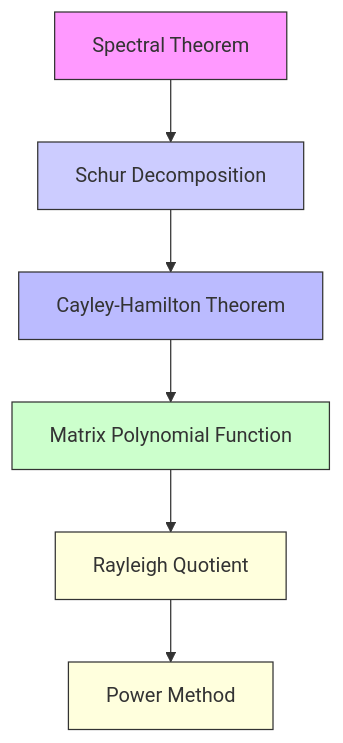
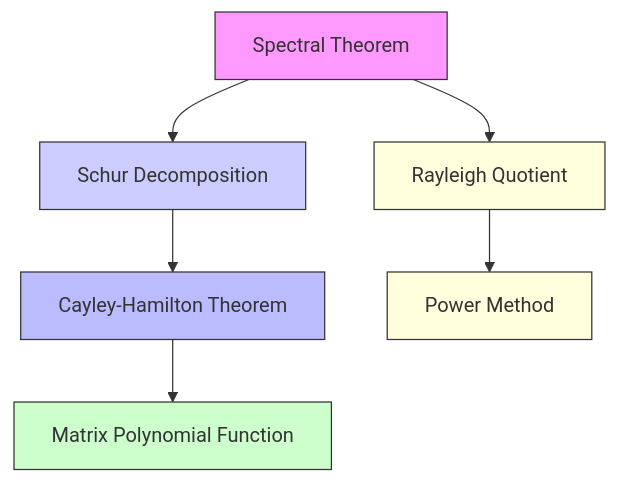
Before and after one commit to ltskinner/machine-learning: the third of 3 diagrams in books/linear_algebra_optimization_for_ml/FLASHCARD_CHECKLIST.md, drawn with Mermaid.

Commit message:
splitting into two distinct pipelines

````diff
--- a/books/linear_algebra_optimization_for_ml/FLASHCARD_CHECKLIST.md
+++ b/books/linear_algebra_optimization_for_ml/FLASHCARD_CHECKLIST.md
@@ -205,22 +205,18 @@
 ```mermaid
 flowchart TD
     A[Spectral Theorem]
-    B[Schur Decomposition]
-    C[Cayley-Hamilton Theorem]
-    D[Matrix Polynomial Function]
-    E[Rayleigh Quotient]
-    F[Power Method]
+    A --> B[Schur Decomposition]
+    A --> E[Rayleigh Quotient]
 
-    A --> B
-    B --> C
-    C --> D
-    D --> E
-    E --> F
+    B --> C[Cayley-Hamilton Theorem]
+    C --> D[Matrix Polynomial Function]
+
+    E --> F[Power Method]
 
     style A fill:#f9f,stroke:#333,stroke-width:1px
     style B fill:#ccf,stroke:#333,stroke-width:1px
     style C fill:#bbf,stroke:#333,stroke-width:1px
     style D fill:#cfc,stroke:#333,stroke-width:1px
     style E fill:#ffd,stroke:#333,stroke-width:1px
     style F fill:#ffd,stroke:#333,stroke-width:1px
 ```
````
